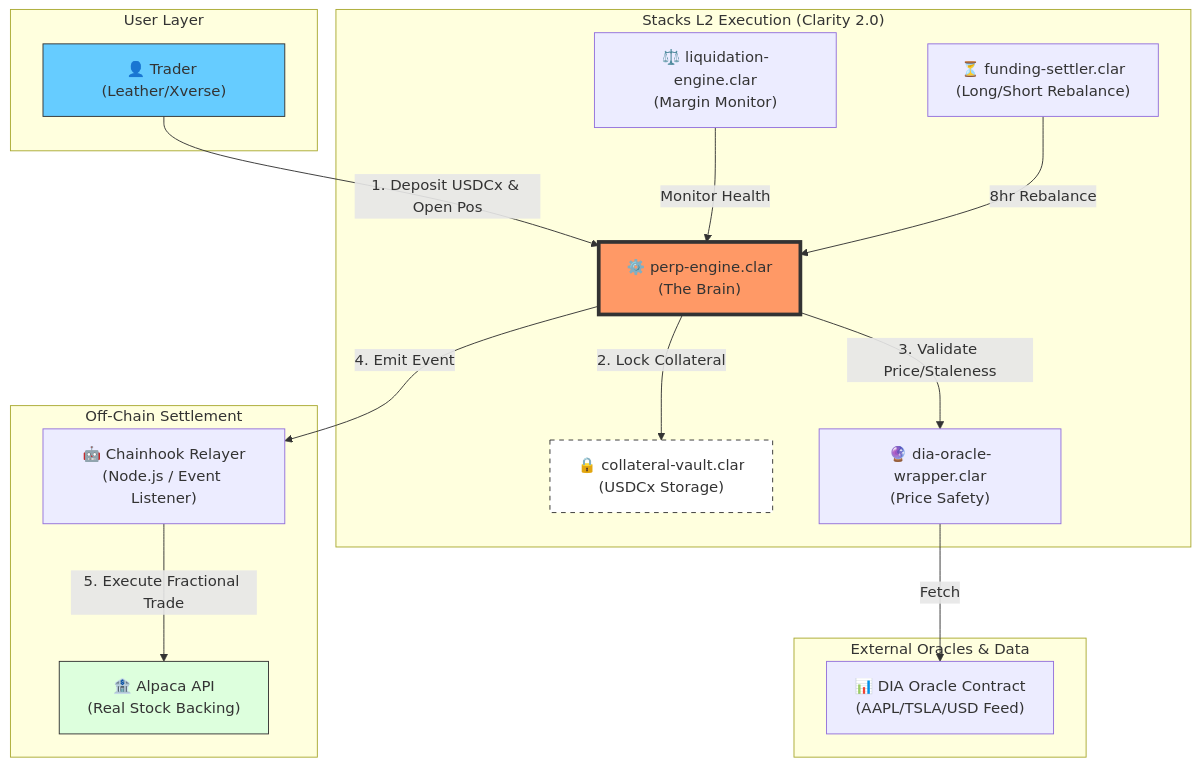
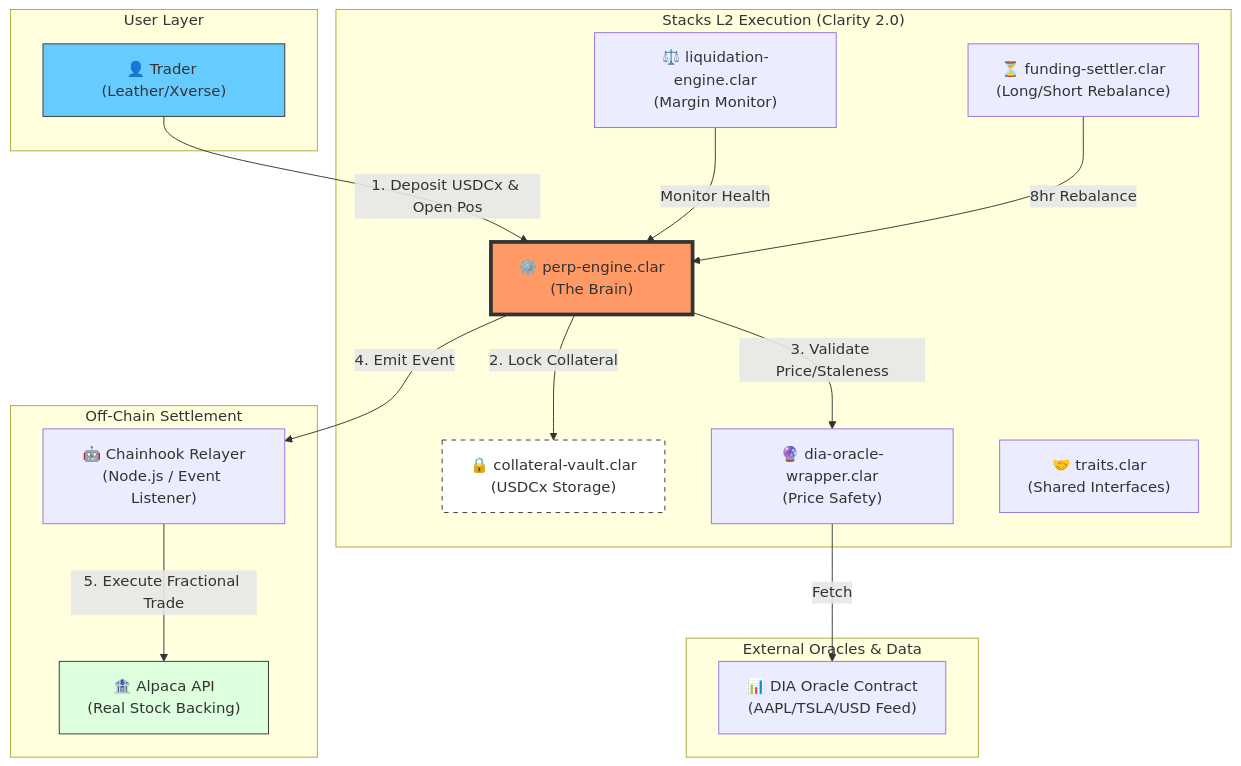
The diagram in apps/contracts/README.md (stellar-stocks/platform), drawn with Mermaid before and after one commit. The commit also changed other lines of this file, not shown here.

````diff
--- a/apps/contracts/README.md
+++ b/apps/contracts/README.md
@@ -56,40 +56,41 @@
 ```mermaid
 graph TD
     subgraph "User Layer"
         Trader["👤 Trader (Leather/Xverse)"]
     end
 
     subgraph "Stacks L2 Execution (Clarity 2.0)"
         Engine["⚙️ perp-engine.clar<br/>(The Brain)"]
         Vault["🔒 collateral-vault.clar<br/>(USDCx Storage)"]
         Oracle["🔮 dia-oracle-wrapper.clar<br/>(Price Safety)"]
         Liq["⚖️ liquidation-engine.clar<br/>(Margin Monitor)"]
         Funding["⏳ funding-settler.clar<br/>(Long/Short Rebalance)"]
+        Traits["🤝 traits.clar<br/>(Shared Interfaces)"]
     end
 
     subgraph "External Oracles & Data"
         DIA["📊 DIA Oracle Contract<br/>(AAPL/TSLA/USD Feed)"]
     end
 
     subgraph "Off-Chain Settlement"
         Relayer["🤖 Chainhook Relayer<br/>(Node.js / Event Listener)"]
         Alpaca["🏦 Alpaca API<br/>(Real Stock Backing)"]
     end
 
     %% Flows
     Trader -- "1. Deposit USDCx & Open Pos" --> Engine
     Engine -- "2. Lock Collateral" --> Vault
     Engine -- "3. Validate Price/Staleness" --> Oracle
     Oracle -- "Fetch" --> DIA
 
     Engine -- "4. Emit Event" --> Relayer
     Relayer -- "5. Execute Fractional Trade" --> Alpaca
 
     Liq -- "Monitor Health" --> Engine
     Funding -- "8hr Rebalance" --> Engine
 
     style Engine fill:#f96,stroke:#333,stroke-width:4px
     style Vault fill:#fff,stroke:#333,stroke-dasharray: 5 5
     style Trader fill:#6cf,stroke:#333
     style Alpaca fill:#dfd,stroke:#333
 ```
````
